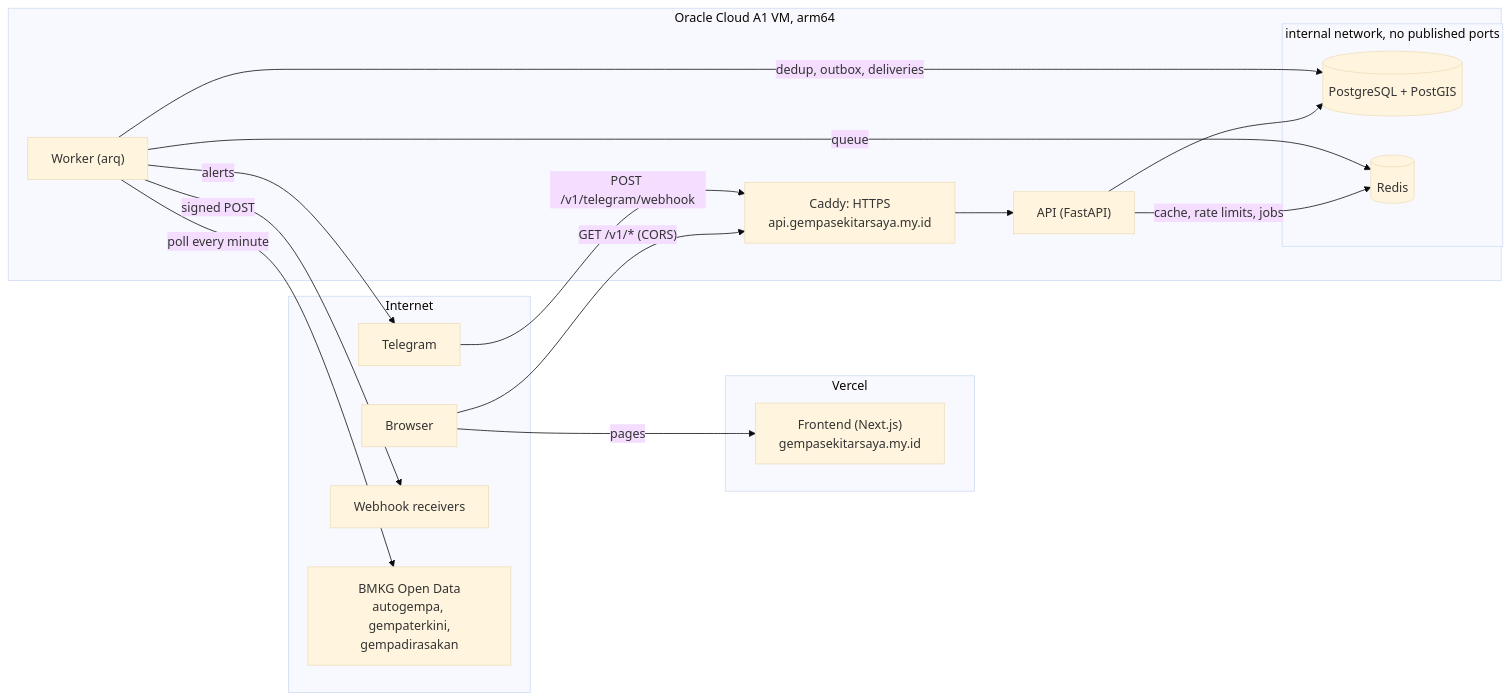
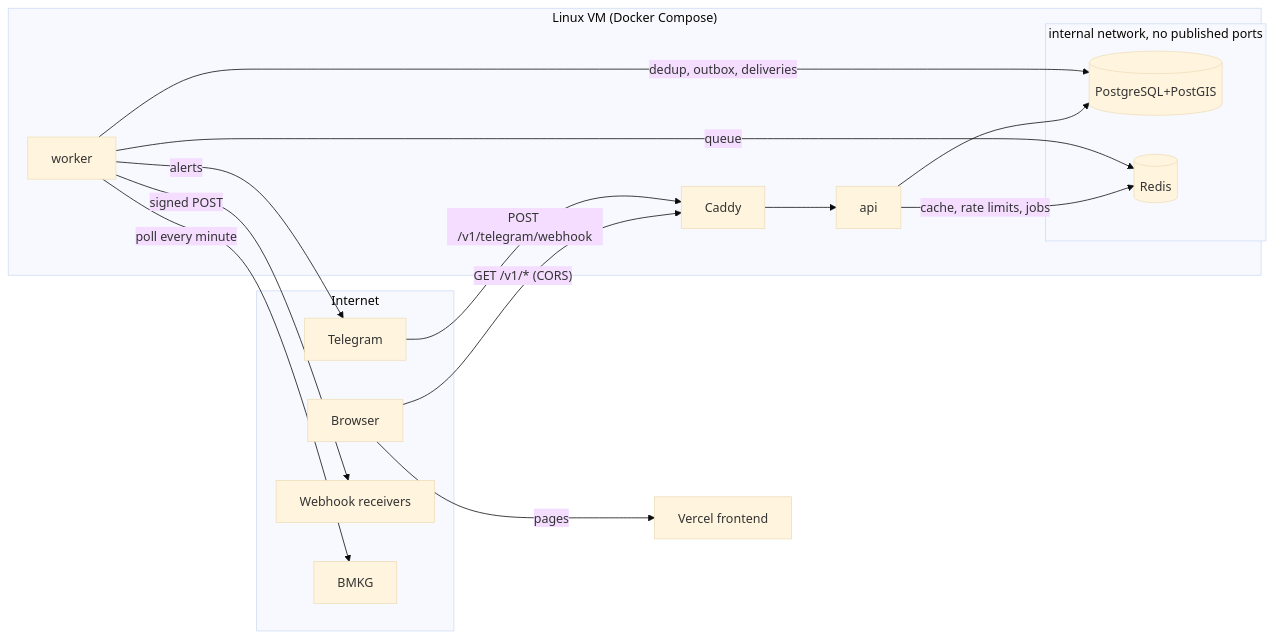
One commit to k08e24bryant/quake-alert changed the diagram in README.md. Above: the diagram before and after it, drawn with Mermaid (base theme). The commit also changed other lines of this file and 5 other files, not shown here.

````diff
--- a/README.md
+++ b/README.md
@@ -39,32 +68,30 @@
 ```mermaid
 flowchart LR
   subgraph outside["Internet"]
     browser["Browser"]
     telegram["Telegram"]
     receivers["Webhook receivers"]
-    bmkg["BMKG Open Data<br/>autogempa, gempaterkini,<br/>gempadirasakan"]
+    bmkg["BMKG"]
   end
-  subgraph vercel["Vercel"]
-    frontend["Frontend (Next.js)<br/>gempasekitarsaya.my.id"]
-  end
-  subgraph vm["Oracle Cloud A1 VM, arm64"]
-    caddy["Caddy: HTTPS<br/>api.gempasekitarsaya.my.id"]
-    api["API (FastAPI)"]
-    worker["Worker (arq)"]
+  frontend["Vercel frontend"]
+  subgraph vm["Linux VM (Docker Compose)"]
+    caddy["Caddy"]
+    api["api"]
+    worker["worker"]
     subgraph internal["internal network, no published ports"]
-      db[("PostgreSQL + PostGIS")]
+      db[("PostgreSQL+PostGIS")]
       redis[("Redis")]
     end
   end
   browser -- "pages" --> frontend
   browser -- "GET /v1/* (CORS)" --> caddy
   telegram -- "POST /v1/telegram/webhook" --> caddy
   caddy --> api
   api --> db
   api -- "cache, rate limits, jobs" --> redis
   worker -- "poll every minute" --> bmkg
   worker -- "dedup, outbox, deliveries" --> db
   worker -- "queue" --> redis
   worker -- "alerts" --> telegram
   worker -- "signed POST" --> receivers
 ```
````
